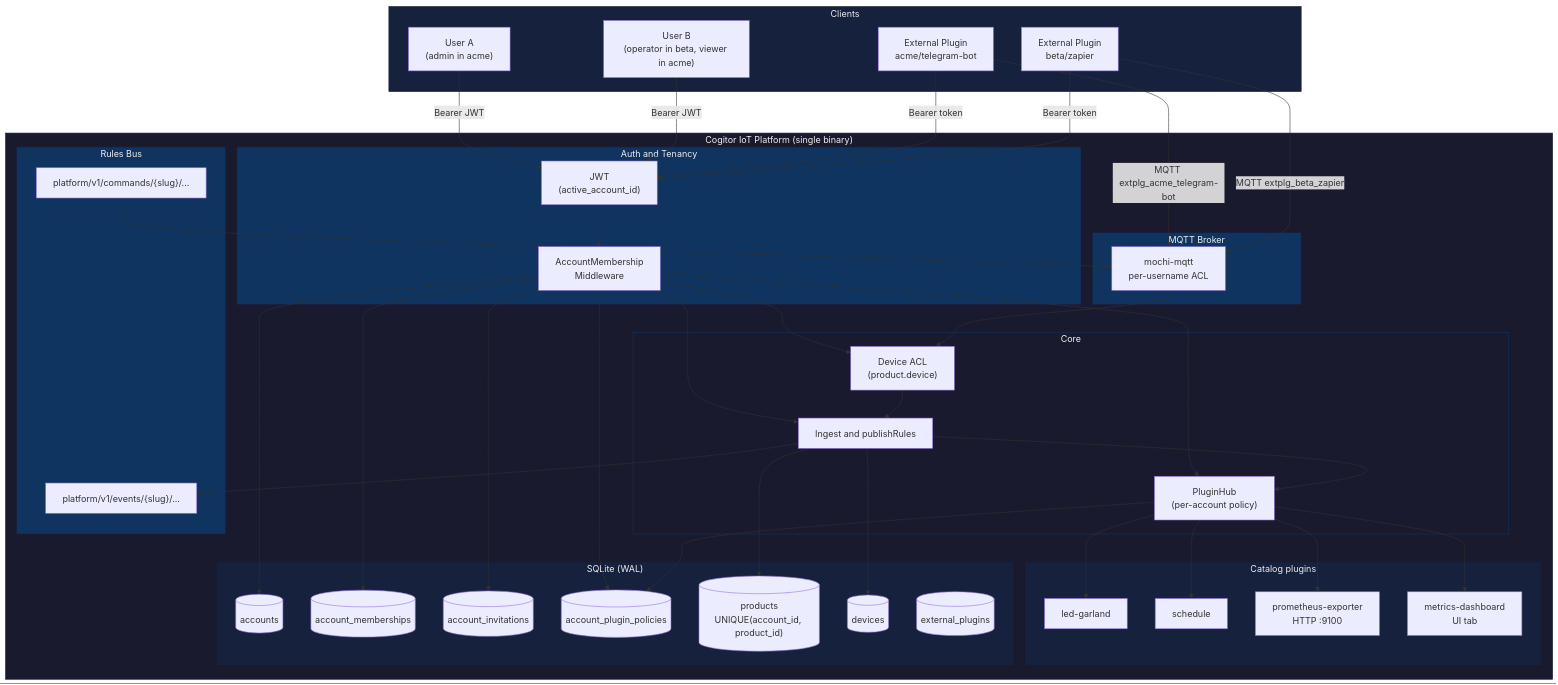
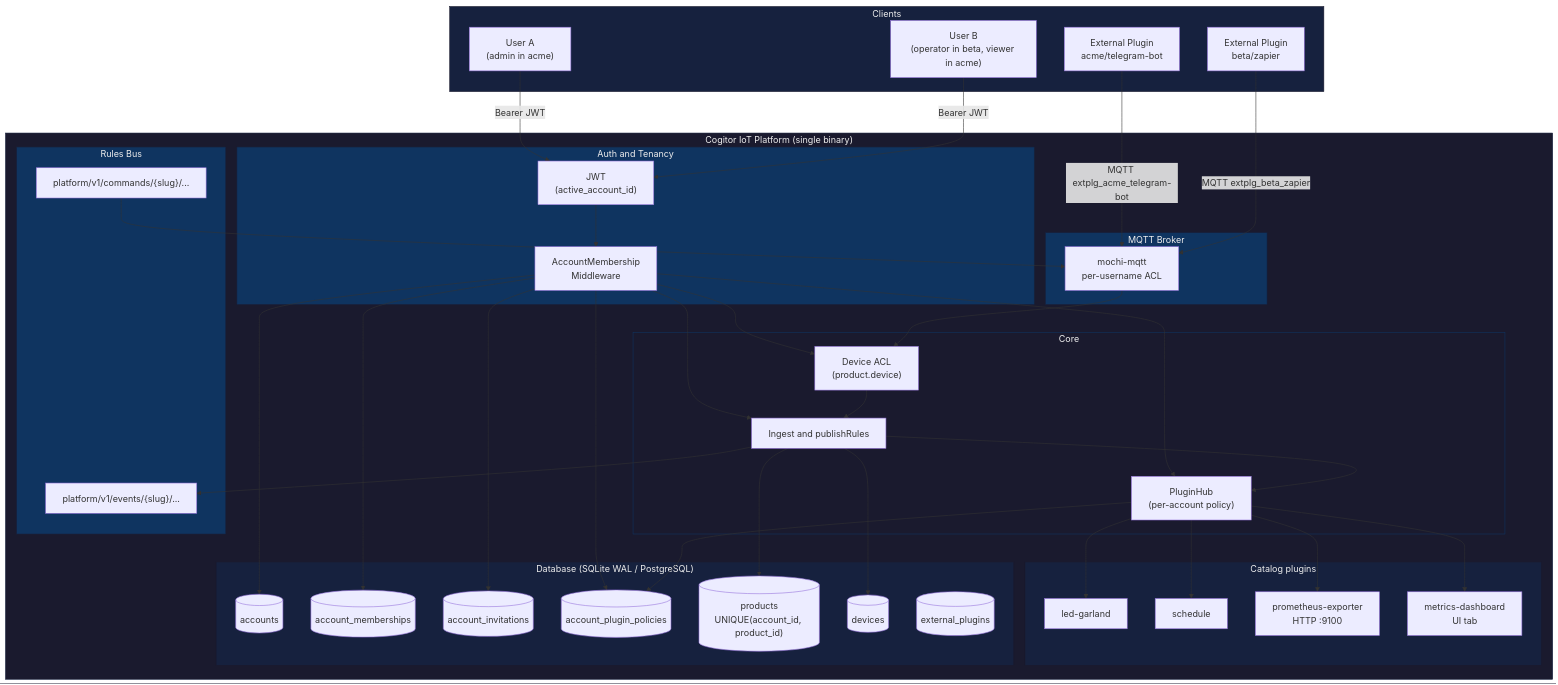
Before and after one commit to darvik80/iot-platform-go: the tenth of 14 diagrams in docs/en/14-diagrams.md, drawn with Mermaid. The commit also changed other lines of this file and 81 other files, not shown here.

```diff
--- a/docs/en/14-diagrams.md
+++ b/docs/en/14-diagrams.md
@@ -396,7 +412,7 @@
             MD["metrics-dashboard<br/>UI tab"]
         end
 
-        subgraph DB["SQLite (WAL)"]
+        subgraph DB["Database (SQLite WAL / PostgreSQL)"]
             ACC[("accounts")]
             MEM[("account_memberships")]
             INV[("account_invitations")]
@@ -414,7 +430,6 @@
 
     %% Clients to Auth
     U1 & U2 -->|"Bearer JWT"| JWT
-    P1 & P2 -->|"Bearer token"| JWT
 
     %% Auth to Core
     JWT --> IAM
```
